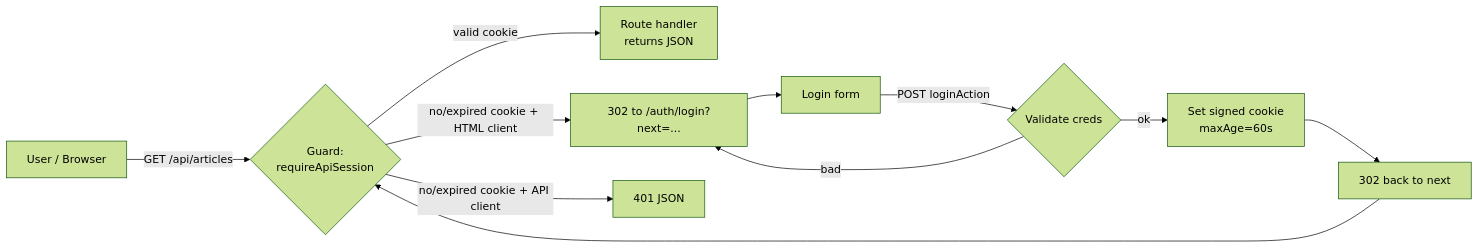
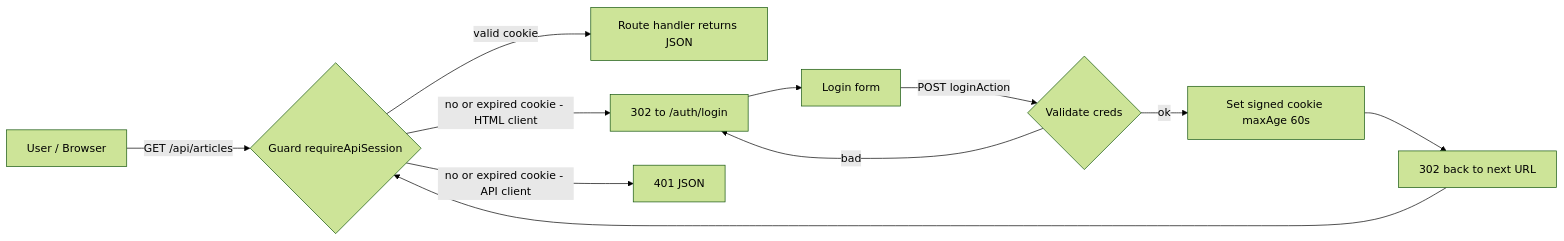
One commit to SHARATHKM2004/new--repo changed the first of 6 diagrams in docs/API_AUTHENTICATION.md. Above: the diagram before and after it, drawn with Mermaid (forest theme). The commit also changed other lines of this file, not shown here.

Commit message:
docs: fix mermaid diagram syntax for GitHub rendering

````diff
--- a/docs/API_AUTHENTICATION.md
+++ b/docs/API_AUTHENTICATION.md
@@ -39,12 +39,13 @@
 ```mermaid
 flowchart LR
-    U[User / Browser] -->|GET /api/articles| G{Guard:<br/>requireApiSession}
-    G -- valid cookie --> H[Route handler<br/>returns JSON]
-    G -- no/expired cookie + HTML client --> L[302 to /auth/login?next=...]
-    G -- no/expired cookie + API client --> E[401 JSON]
-    L --> F[Login form]
-    F -->|POST loginAction| V{Validate creds}
-    V -- ok --> S[Set signed cookie<br/>maxAge=60s] --> R[302 back to next]
-    V -- bad --> L
+    U["User / Browser"] -->|"GET /api/articles"| G{"Guard requireApiSession"}
+    G -->|valid cookie| H["Route handler returns JSON"]
+    G -->|no or expired cookie - HTML client| L["302 to /auth/login"]
+    G -->|no or expired cookie - API client| E["401 JSON"]
+    L --> F["Login form"]
+    F -->|POST loginAction| V{"Validate creds"}
+    V -->|ok| S["Set signed cookie maxAge 60s"]
+    S --> R["302 back to next URL"]
+    V -->|bad| L
     R --> G
 ```
````
